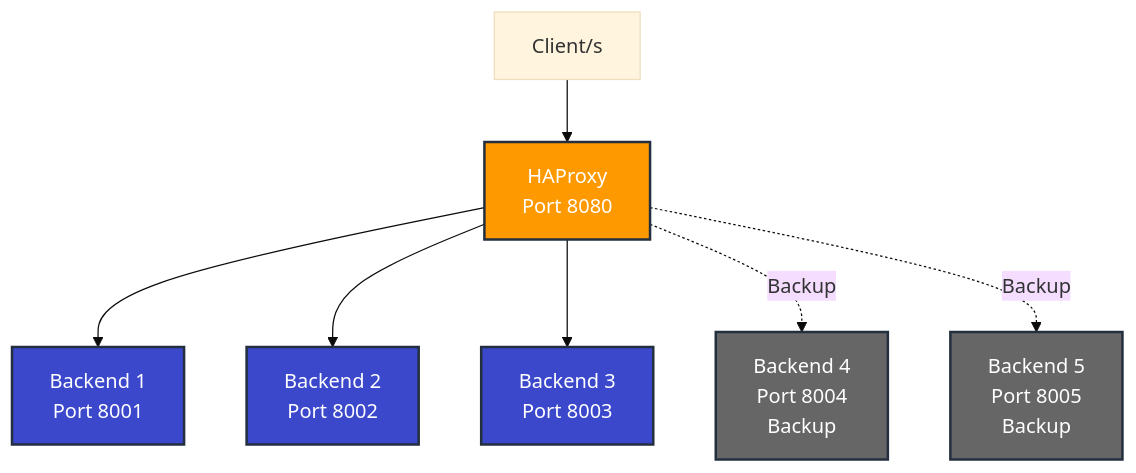
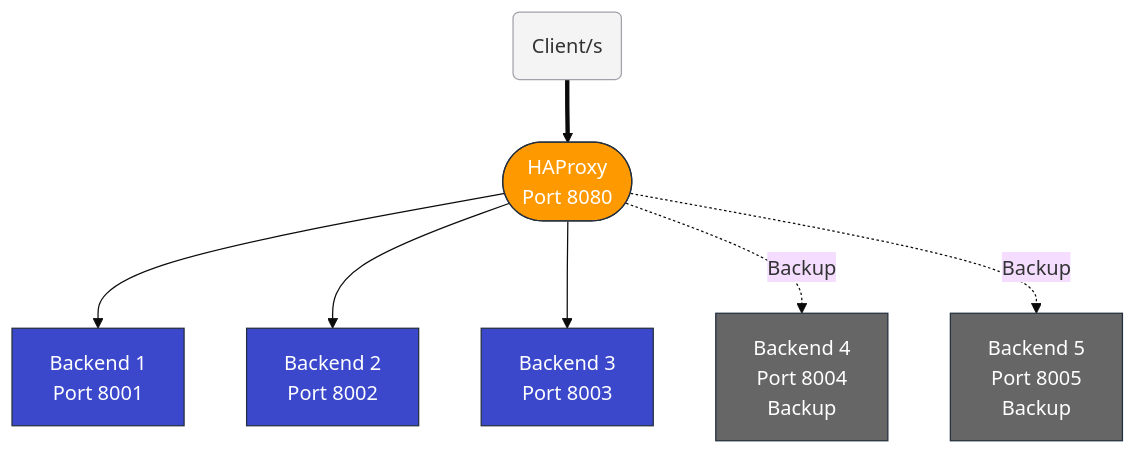
The diagram in 03-load-balancing-haproxy/README.md (gamaware/system-design-course), drawn with Mermaid (base theme) before and after one commit. The commit also changed 7 other files, not shown here.

Commit message:
feat: enhance Mermaid diagrams with semantic shapes and styling

````diff
--- a/03-load-balancing-haproxy/README.md
+++ b/03-load-balancing-haproxy/README.md
@@ -216,22 +216,25 @@
 ```mermaid
 graph TD
     %% Traffic entry
-    Client[Client/s] --> HAProxy[HAProxy<br>Port 8080]
+    Client("Client/s") ==> HAProxy(["HAProxy<br>Port 8080"])
 
     %% Primary backends
-    HAProxy --> Backend1[Backend 1<br>Port 8001]
-    HAProxy --> Backend2[Backend 2<br>Port 8002]
-    HAProxy --> Backend3[Backend 3<br>Port 8003]
+    HAProxy --> Backend1["Backend 1<br>Port 8001"]
+    HAProxy --> Backend2["Backend 2<br>Port 8002"]
+    HAProxy --> Backend3["Backend 3<br>Port 8003"]
 
     %% Backup backends (activated only when all primaries are down)
-    HAProxy -.Backup.-> Backend4[Backend 4<br>Port 8004<br>Backup]
-    HAProxy -.Backup.-> Backend5[Backend 5<br>Port 8005<br>Backup]
+    HAProxy -.->|"Backup"| Backend4["Backend 4<br>Port 8004<br>Backup"]
+    HAProxy -.->|"Backup"| Backend5["Backend 5<br>Port 8005<br>Backup"]
 
-    %% Styling
-    style HAProxy fill:#ff9900,stroke:#232f3e,stroke-width:2px,color:#fff
-    style Backend1 fill:#3b48cc,stroke:#232f3e,stroke-width:2px,color:#fff
-    style Backend2 fill:#3b48cc,stroke:#232f3e,stroke-width:2px,color:#fff
-    style Backend3 fill:#3b48cc,stroke:#232f3e,stroke-width:2px,color:#fff
-    style Backend4 fill:#666,stroke:#232f3e,stroke-width:2px,color:#fff
-    style Backend5 fill:#666,stroke:#232f3e,stroke-width:2px,color:#fff
+    %% Class definitions
+    classDef lb fill:#ff9900,stroke:#232f3e,color:#fff
+    classDef service fill:#3b48cc,stroke:#232f3e,color:#fff
+    classDef backup fill:#666,stroke:#232f3e,color:#fff
+    classDef user fill:#f4f4f5,stroke:#a1a1aa
+
+    class HAProxy lb
+    class Backend1,Backend2,Backend3 service
+    class Backend4,Backend5 backup
+    class Client user
 ```
````
